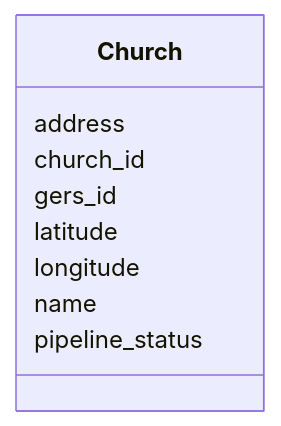
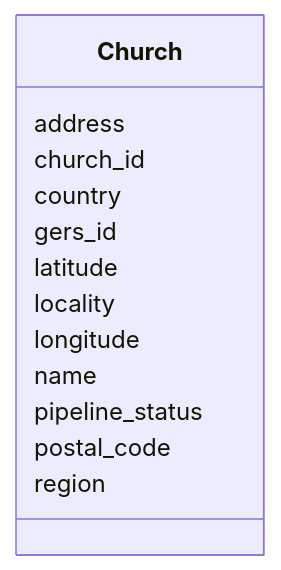
Before and after one commit to trentsikute/globalchurch-schema: the diagram in docs/Church.md, drawn with Mermaid. The commit also changed other lines of this file and 63 other files, not shown here.

````diff
--- a/docs/Church.md
+++ b/docs/Church.md
@@ -18,20 +18,28 @@
 ```mermaid
  classDiagram
     class Church
     click Church href "../Church/"
       Church : address
         
       Church : church_id
         
+      Church : country
+        
       Church : gers_id
         
       Church : latitude
+        
+      Church : locality
         
       Church : longitude
         
       Church : name
         
       Church : pipeline_status
         
+      Church : postal_code
+        
+      Church : region
+        
       
 ```
````
